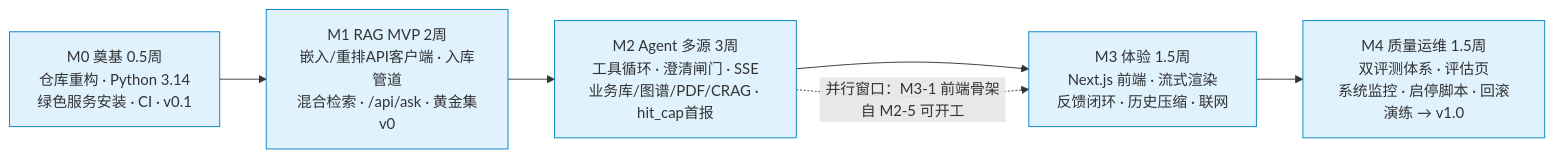
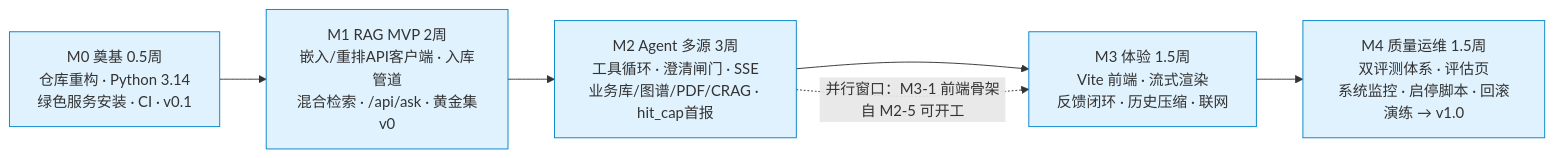
Before and after one commit to moonqianqiu/bidding-qa-system: the fourth of 4 diagrams in docs/04_项目结构流程图.md, drawn with Mermaid. The commit also changed other lines of this file and 12 other files, not shown here.

Commit message:
feat(console): 图谱关系计数可见化（Neo4j 5 类边 + KPI 卡 + 契约测试 + 文档同步）

````diff
--- a/docs/04_项目结构流程图.md
+++ b/docs/04_项目结构流程图.md
@@ -155,13 +156,13 @@
 ```mermaid
 flowchart LR
   M0["M0 奠基 0.5周<br/>仓库重构 · Python 3.14<br/>绿色服务安装 · CI · v0.1"]
   M1["M1 RAG MVP 2周<br/>嵌入/重排API客户端 · 入库管道<br/>混合检索 · /api/ask · 黄金集v0"]
   M2["M2 Agent 多源 3周<br/>工具循环 · 澄清闸门 · SSE<br/>业务库/图谱/PDF/CRAG · hit_cap首报"]
-  M3["M3 体验 1.5周<br/>Next.js 前端 · 流式渲染<br/>反馈闭环 · 历史压缩 · 联网"]
+  M3["M3 体验 1.5周<br/>Vite 前端 · 流式渲染<br/>反馈闭环 · 历史压缩 · 联网"]
   M4["M4 质量运维 1.5周<br/>双评测体系 · 评估页<br/>系统监控 · 启停脚本 · 回滚演练 → v1.0"]
   M0 --> M1 --> M2 --> M3 --> M4
   M2 -.->|"并行窗口：M3-1 前端骨架自 M2-5 可开工"| M3
 
   classDef m fill:#e0f2fe,stroke:#0284c7;
   class M0,M1,M2,M3,M4 m;
 ```
````
